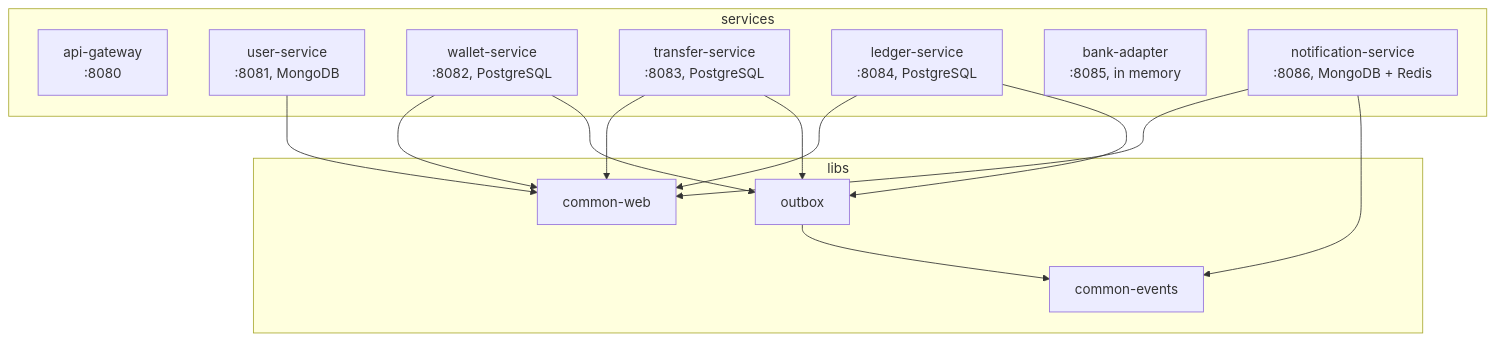
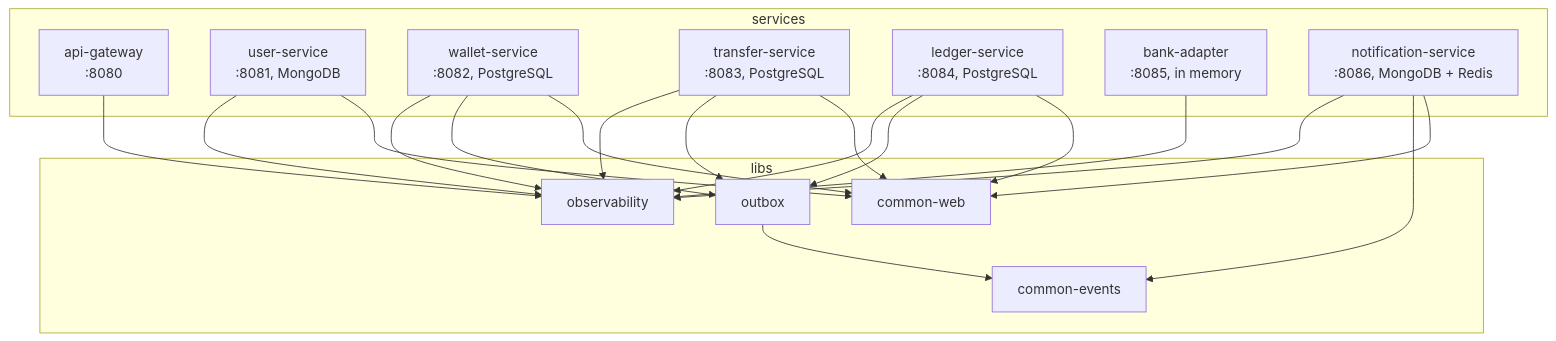
Before and after one commit to Trung1234/java-ewallet-microservices: the first of 13 diagrams in specs/architect.md, drawn with Mermaid. The commit also changed other lines of this file and 41 other files, not shown here.

````diff
--- a/specs/architect.md
+++ b/specs/architect.md
@@ -27,23 +29,25 @@
 ```mermaid
 flowchart TB
     subgraph services
         GW["api-gateway<br/>:8080"]
         US["user-service<br/>:8081, MongoDB"]
         WS["wallet-service<br/>:8082, PostgreSQL"]
         TS["transfer-service<br/>:8083, PostgreSQL"]
         LS["ledger-service<br/>:8084, PostgreSQL"]
         BA["bank-adapter<br/>:8085, in memory"]
         NS["notification-service<br/>:8086, MongoDB + Redis"]
     end
     subgraph libs
         CW["common-web"]
         OB["outbox"]
         CE["common-events"]
+        OBS["observability"]
     end
     US --> CW
     WS --> CW & OB
     TS --> CW & OB
     LS --> CW & OB
     NS --> CW & CE
     OB --> CE
+    GW & US & WS & TS & LS & BA & NS --> OBS
 ```
````
